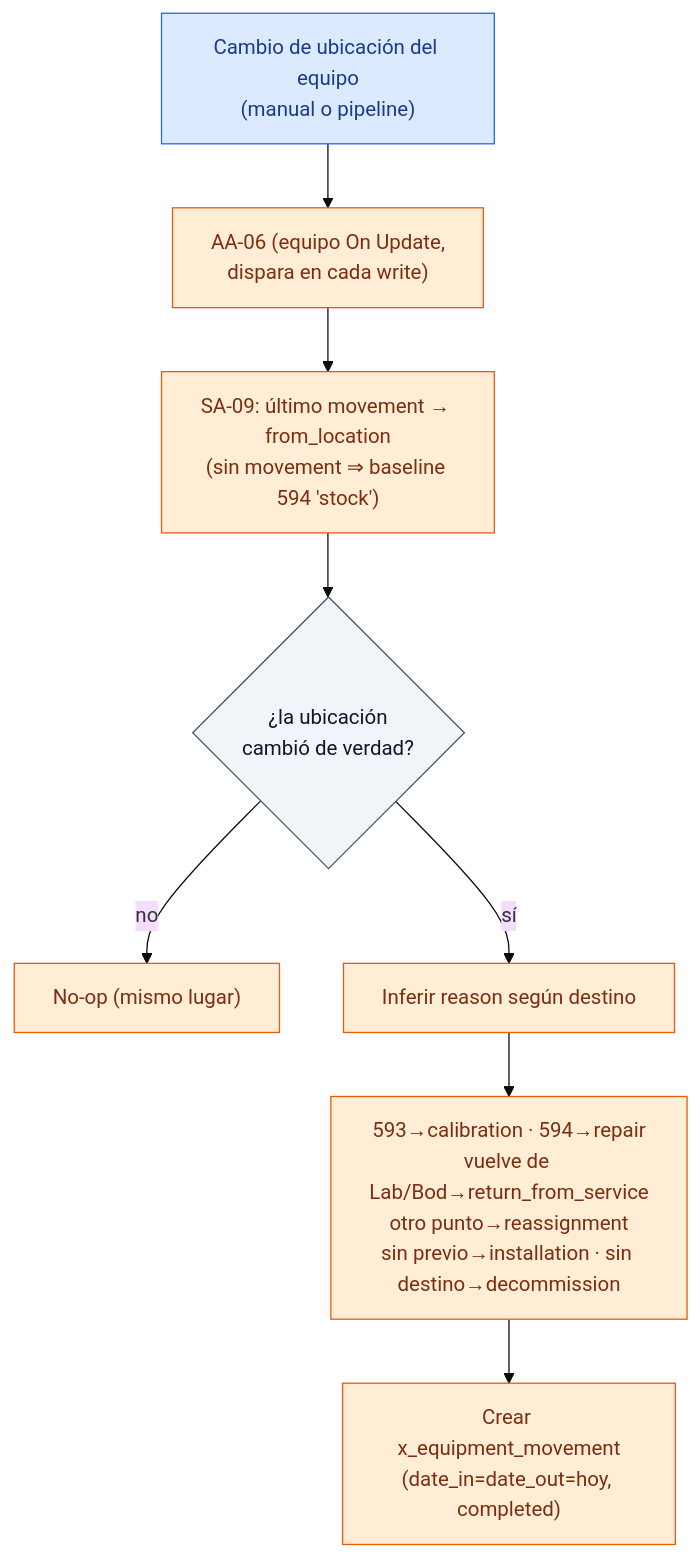
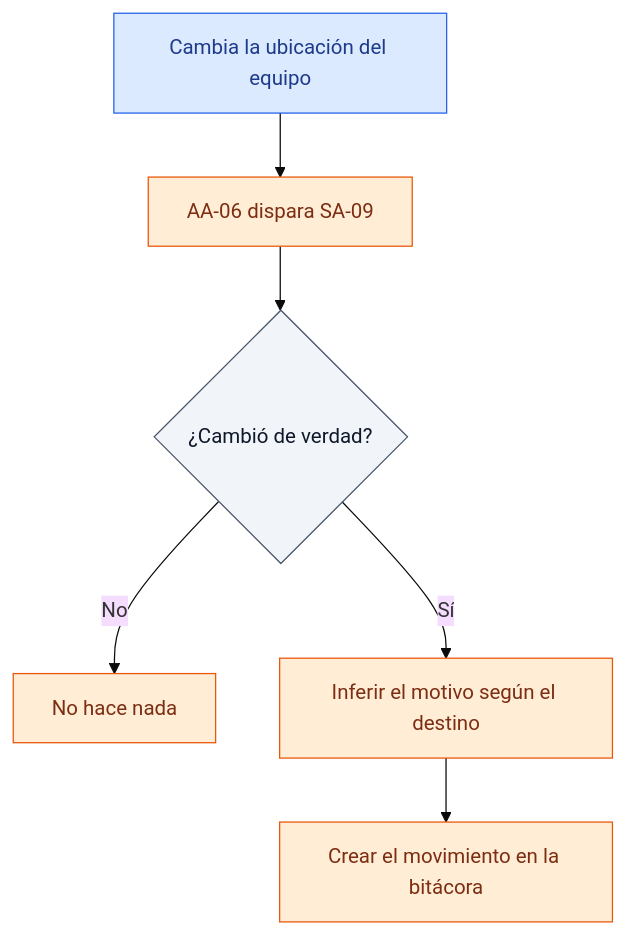
Diagram 14 of 18 in maintenance_plan/PROCESOS_Y_FLUJOS.md (dcuerowe/odoo_con_mantenciones), drawn with Mermaid (base theme) before and after one commit. The commit also changed other lines of this file and 1 other file, not shown here.

````diff
--- a/maintenance_plan/PROCESOS_Y_FLUJOS.md
+++ b/maintenance_plan/PROCESOS_Y_FLUJOS.md
@@ -355,17 +423,15 @@
 ```mermaid
 flowchart TD
-    A["Cambio de ubicación del equipo<br/>(manual o pipeline)"]:::manual
-    B["AA-06 (equipo On Update,<br/>dispara en cada write)"]:::auto
-    C["SA-09: último movement → from_location<br/>(sin movement ⇒ baseline 594 'stock')"]:::auto
-    D{"¿la ubicación<br/>cambió de verdad?"}:::dec
-    E["No-op (mismo lugar)"]:::auto
-    F["Inferir reason según destino"]:::auto
-    G["593→calibration · 594→repair<br/>vuelve de Lab/Bod→return_from_service<br/>otro punto→reassignment<br/>sin previo→installation · sin destino→decommission"]:::auto
-    H["Crear x_equipment_movement<br/>(date_in=date_out=hoy, completed)"]:::auto
-    A --> B --> C --> D
-    D -->|no| E
-    D -->|sí| F --> G --> H
+    A["Cambia la ubicación del equipo"]:::manual
+    B["AA-06 dispara SA-09"]:::auto
+    C{"¿Cambió de verdad?"}:::dec
+    E["No hace nada"]:::auto
+    F["Inferir el motivo según el destino"]:::auto
+    H["Crear el movimiento en la bitácora"]:::auto
+    A --> B --> C
+    C -->|No| E
+    C -->|Sí| F --> H
     classDef manual fill:#dbeafe,stroke:#2563eb,color:#1e3a8a;
     classDef auto fill:#ffedd5,stroke:#ea580c,color:#7c2d12;
     classDef dec fill:#f1f5f9,stroke:#475569,color:#0f172a;
 ```
````
